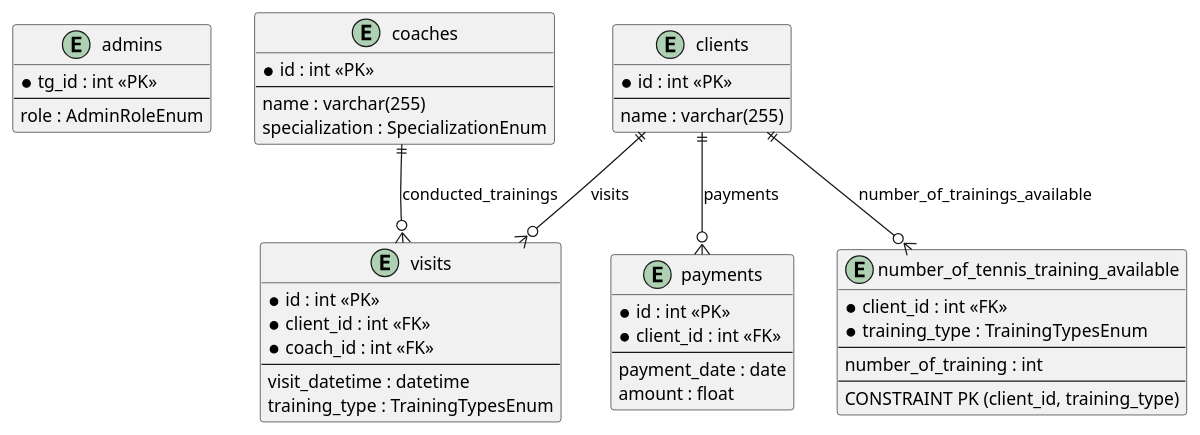
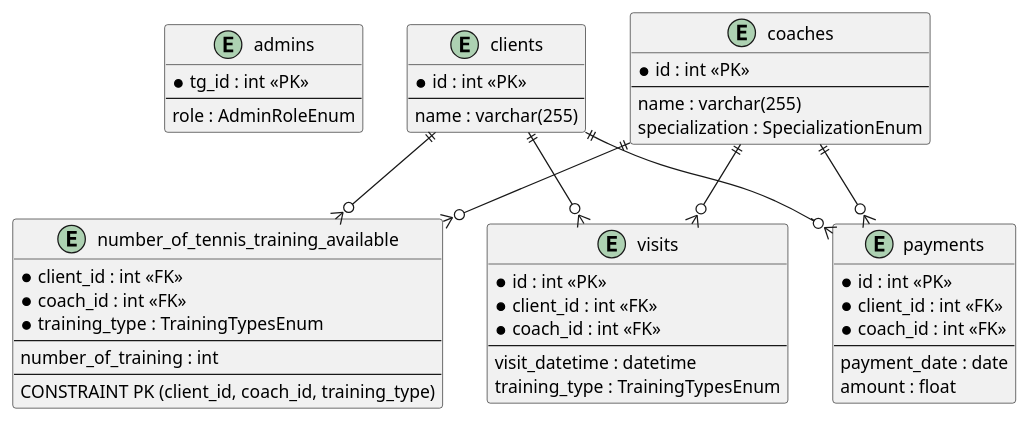
Before and after one commit to OverPotter/tennis_accounting_for_payments: the diagram in docs/erd.puml, drawn with PlantUML. The commit also changed 13 other files, not shown here.

```diff
--- a/docs/erd.puml
+++ b/docs/erd.puml
@@ -1,53 +1,58 @@
 @startuml
 
 entity "admins" {
     *tg_id : int <<PK>>
     --
     role : AdminRoleEnum
 }
 
 entity "clients" as users {
     *id : int <<PK>>
     --
     name : varchar(255)
 }
 
 entity "coaches" {
     *id : int <<PK>>
     --
     name : varchar(255)
     specialization : SpecializationEnum
 }
 
 entity "number_of_tennis_training_available" as tennis_balances {
     *client_id : int <<FK>>
+    *coach_id : int <<FK>>
     *training_type : TrainingTypesEnum
     --
     number_of_training : int
     --
-    CONSTRAINT PK (client_id, training_type)
+    CONSTRAINT PK (client_id, coach_id, training_type)
 }
 
 entity "visits" as visits {
     *id : int <<PK>>
     *client_id : int <<FK>>
     *coach_id : int <<FK>>
     --
     visit_datetime : datetime
     training_type : TrainingTypesEnum
 }
 
 entity "payments" as payments {
     *id : int <<PK>>
     *client_id : int <<FK>>
+    *coach_id : int <<FK>>
     --
     payment_date : date
     amount : float
 }
 
-users ||--o{ tennis_balances : "number_of_trainings_available"
-users ||--o{ visits : "visits"
-users ||--o{ payments : "payments"
-coaches ||--o{ visits : "conducted_trainings"
+users ||--o{ tennis_balances
+users ||--o{ visits
+users ||--o{ payments
+
+coaches ||--o{ visits
+coaches ||--o{ tennis_balances
+coaches ||--o{ payments
 
 @enduml
```
